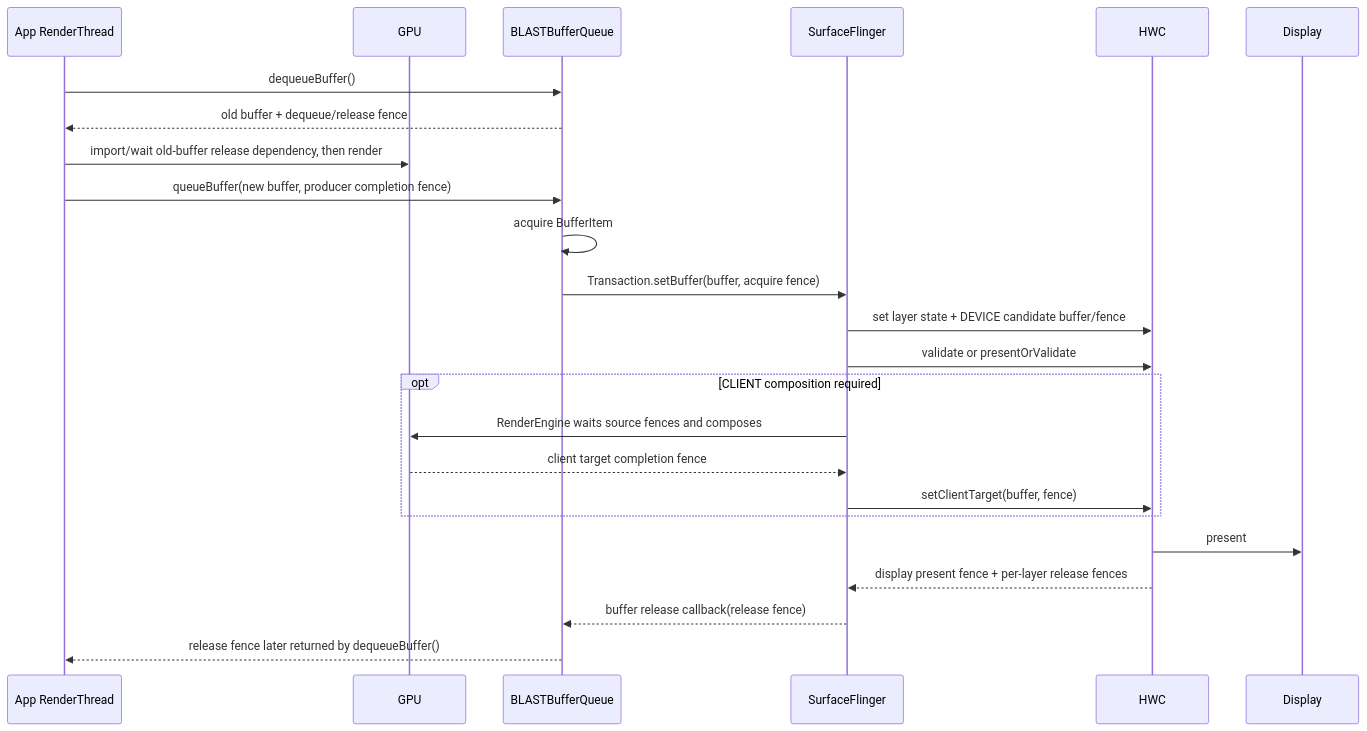
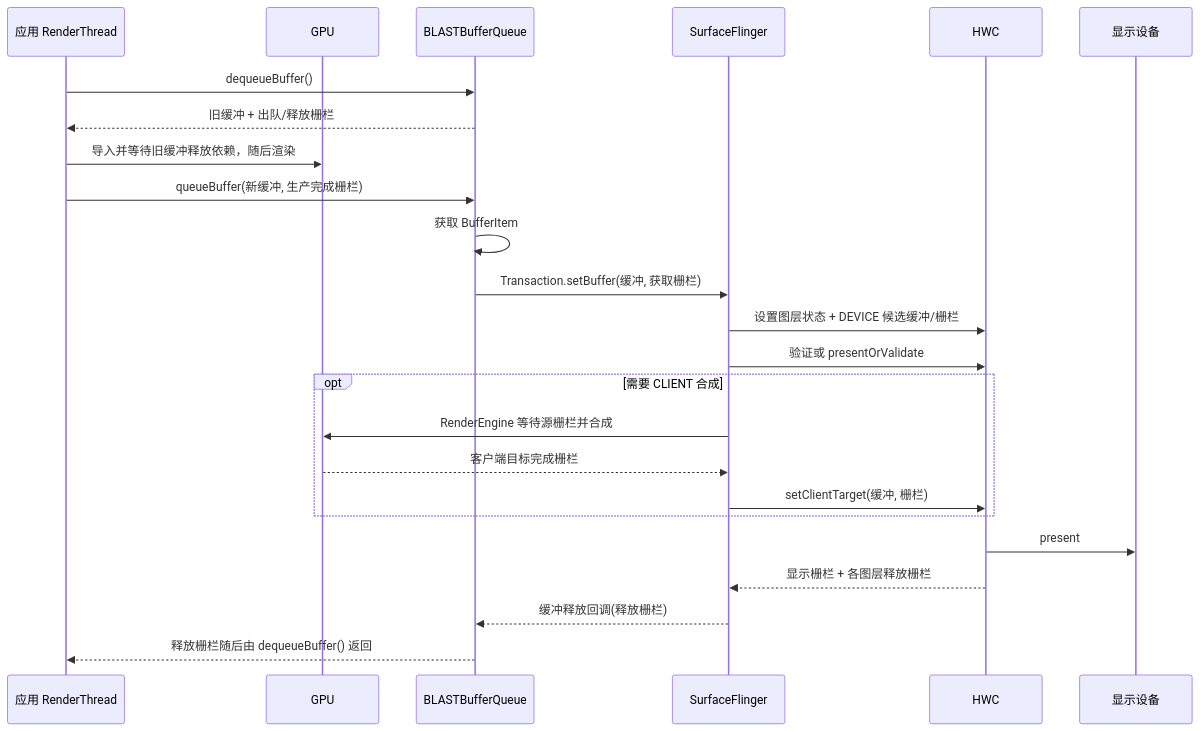
Before and after one commit to Gracker/android-internals-wiki: the diagram in src/part1-fundamentals/ch02-rendering/16-sync-fence.md, drawn with Mermaid. The commit also changed other lines of this file and 4 other files, not shown here.

````diff
--- a/src/part1-fundamentals/ch02-rendering/16-sync-fence.md
+++ b/src/part1-fundamentals/ch02-rendering/16-sync-fence.md
@@ -210,27 +210,27 @@
 ```mermaid
 sequenceDiagram
-    participant RT as App RenderThread
+    participant RT as 应用 RenderThread
     participant GPU
     participant BBQ as BLASTBufferQueue
     participant SF as SurfaceFlinger
     participant HWC
-    participant D as Display
+    participant D as 显示设备
 
     RT->>BBQ: dequeueBuffer()
-    BBQ-->>RT: old buffer + dequeue/release fence
-    RT->>GPU: import/wait old-buffer release dependency, then render
-    RT->>BBQ: queueBuffer(new buffer, producer completion fence)
-    BBQ->>BBQ: acquire BufferItem
-    BBQ->>SF: Transaction.setBuffer(buffer, acquire fence)
-    SF->>HWC: set layer state + DEVICE candidate buffer/fence
-    SF->>HWC: validate or presentOrValidate
-    opt CLIENT composition required
-        SF->>GPU: RenderEngine waits source fences and composes
-        GPU-->>SF: client target completion fence
-        SF->>HWC: setClientTarget(buffer, fence)
+    BBQ-->>RT: 旧缓冲 + 出队/释放栅栏
+    RT->>GPU: 导入并等待旧缓冲释放依赖，随后渲染
+    RT->>BBQ: queueBuffer(新缓冲, 生产完成栅栏)
+    BBQ->>BBQ: 获取 BufferItem
+    BBQ->>SF: Transaction.setBuffer(缓冲, 获取栅栏)
+    SF->>HWC: 设置图层状态 + DEVICE 候选缓冲/栅栏
+    SF->>HWC: 验证或 presentOrValidate
+    opt 需要 CLIENT 合成
+        SF->>GPU: RenderEngine 等待源栅栏并合成
+        GPU-->>SF: 客户端目标完成栅栏
+        SF->>HWC: setClientTarget(缓冲, 栅栏)
     end
     HWC->>D: present
-    HWC-->>SF: display present fence + per-layer release fences
-    SF-->>BBQ: buffer release callback(release fence)
-    BBQ-->>RT: release fence later returned by dequeueBuffer()
+    HWC-->>SF: 显示栅栏 + 各图层释放栅栏
+    SF-->>BBQ: 缓冲释放回调(释放栅栏)
+    BBQ-->>RT: 释放栅栏随后由 dequeueBuffer() 返回
 ```
````
